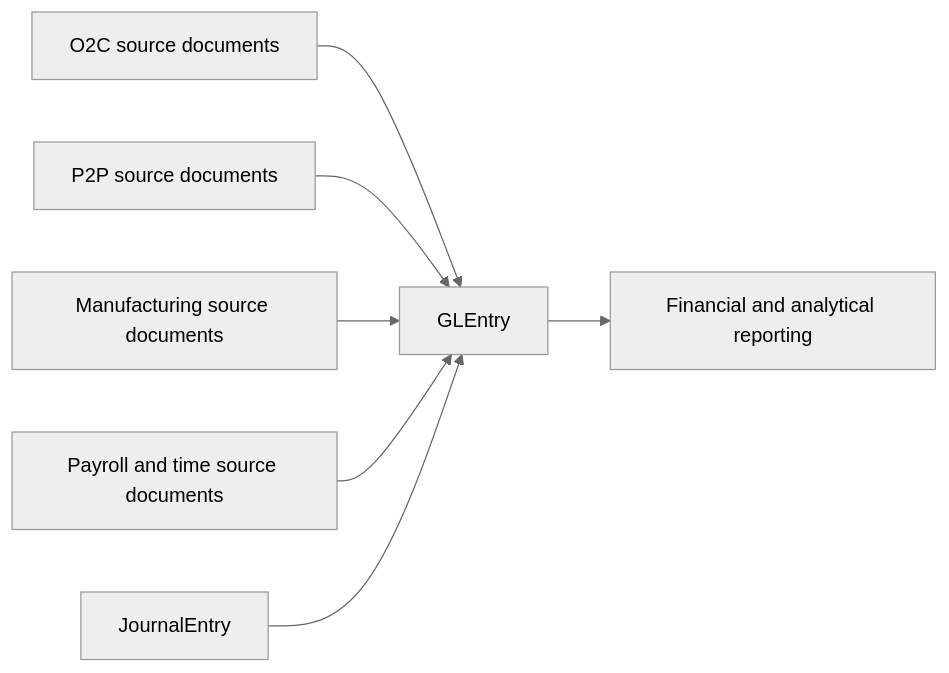
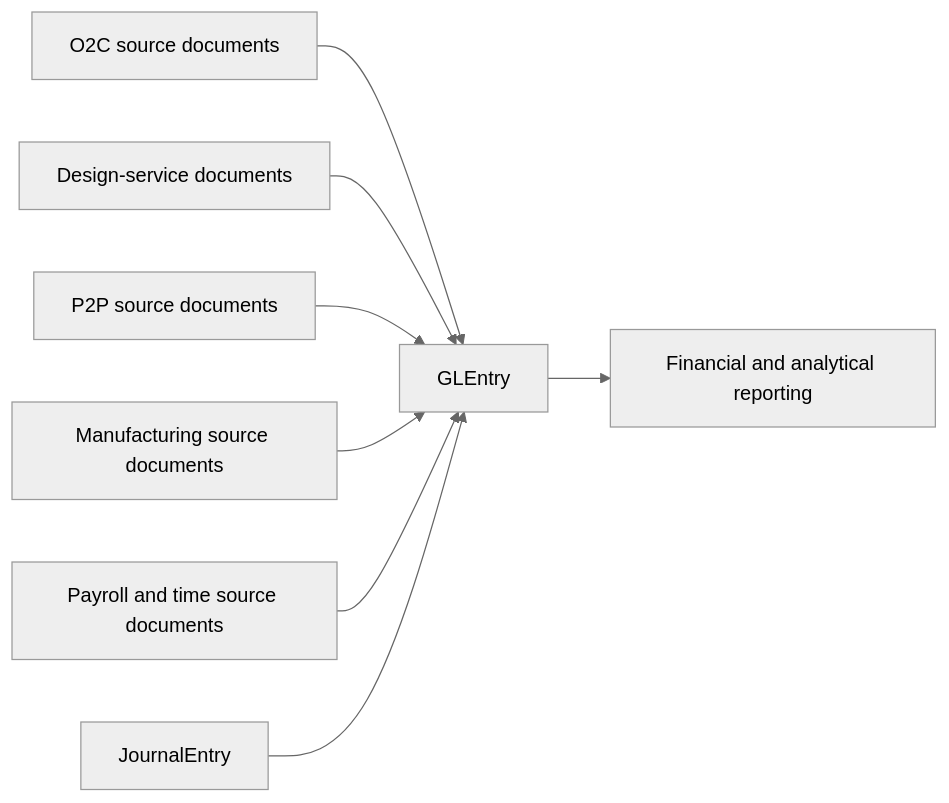
Before and after one commit to mmcodesso/greenfield_database: the second of 2 diagrams in docs/learn-the-business/process-flows.md, drawn with Mermaid (neutral theme). The commit also changed other lines of this file and 38 other files, not shown here.

````diff
--- a/docs/learn-the-business/process-flows.md
+++ b/docs/learn-the-business/process-flows.md
@@ -60,17 +65,19 @@
 ```mermaid
 flowchart LR
     O2C[O2C source documents]
+    DS[Design-service documents]
     P2P[P2P source documents]
     MFG[Manufacturing source documents]
     PAY[Payroll and time source documents]
     CLOSE[JournalEntry]
     GL[GLEntry]
     R[Financial and analytical reporting]
 
     O2C --> GL
+    DS --> GL
     P2P --> GL
     MFG --> GL
     PAY --> GL
     CLOSE --> GL
     GL --> R
 ```
````
